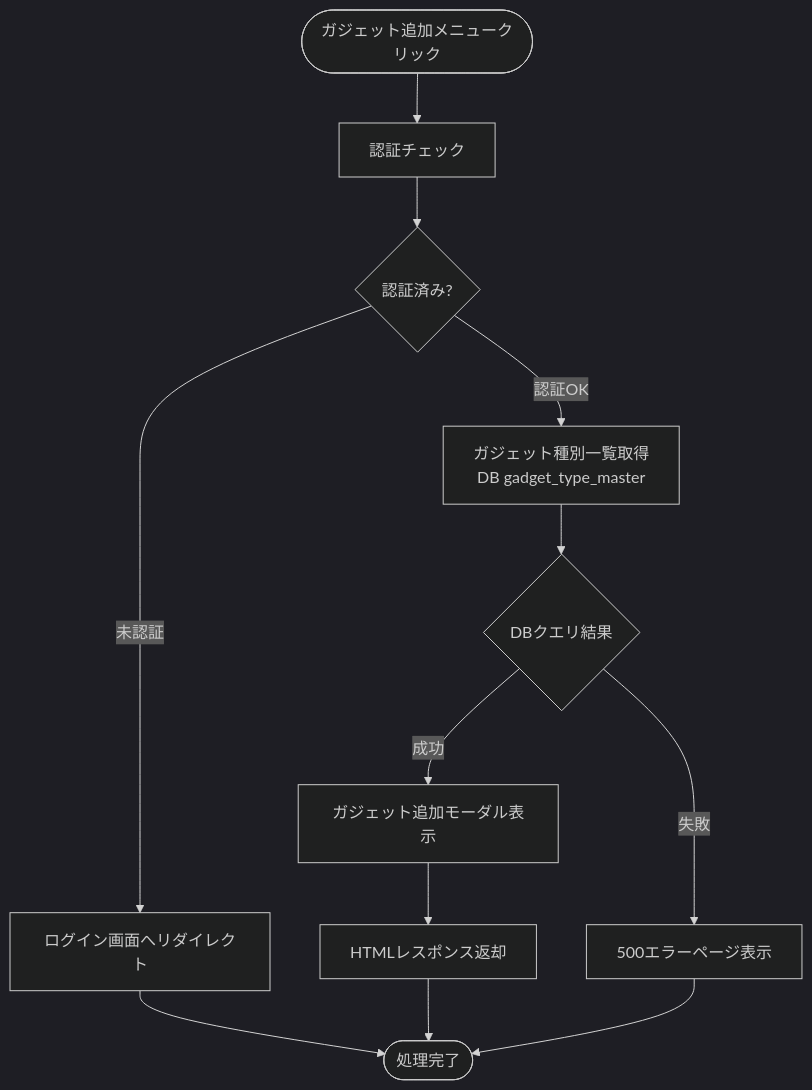
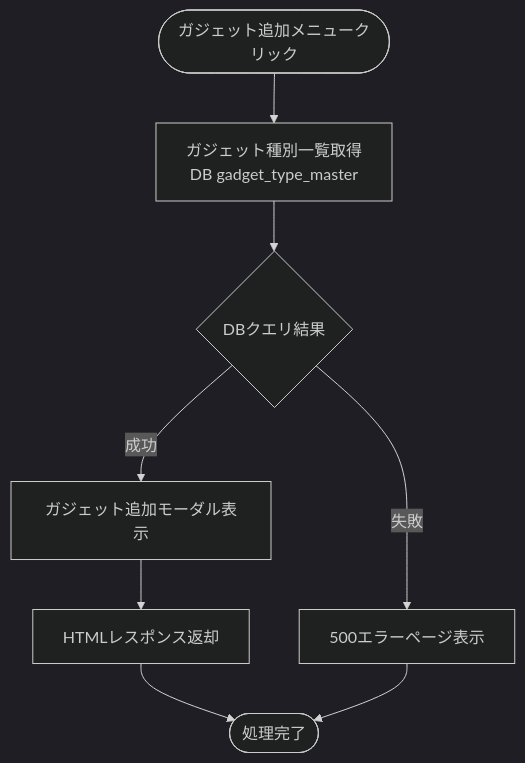
One commit to NSW-SVCP-AIWG002/Databricks-IoT changed the ninth of 17 diagrams in docs/03-features/flask-app/customer-dashboard/common/workflow-specification.md. Above: the diagram before and after it, drawn with Mermaid (dark theme). The commit also changed other lines of this file and 3 other files, not shown here.

````diff
--- a/docs/03-features/flask-app/customer-dashboard/common/workflow-specification.md
+++ b/docs/03-features/flask-app/customer-dashboard/common/workflow-specification.md
@@ -1726,16 +1972,12 @@
 ```mermaid
 flowchart TD
-    Start([ガジェット追加メニュークリック]) --> Auth[認証チェック]
-    Auth --> CheckAuth{認証済み?}
-    CheckAuth -->|未認証| LoginRedirect[ログイン画面へリダイレクト]
-
-    CheckAuth -->|認証OK| GadgetTypeQuery[ガジェット種別一覧取得<br>DB gadget_type_master]
+    Start([ガジェット追加メニュークリック]) --> GadgetTypeQuery[ガジェット種別一覧取得<br>DB gadget_type_master]
     GadgetTypeQuery --> CheckQuery{DBクエリ結果}
     CheckQuery -->|失敗| Error500[500エラーページ表示]
     CheckQuery -->|成功| Template[ガジェット追加モーダル表示]
+
     Template --> Response[HTMLレスポンス返却]
 
-    LoginRedirect --> End([処理完了])
-    Response --> End
+    Response --> End([処理完了])
     Error500 --> End
 ```
````
